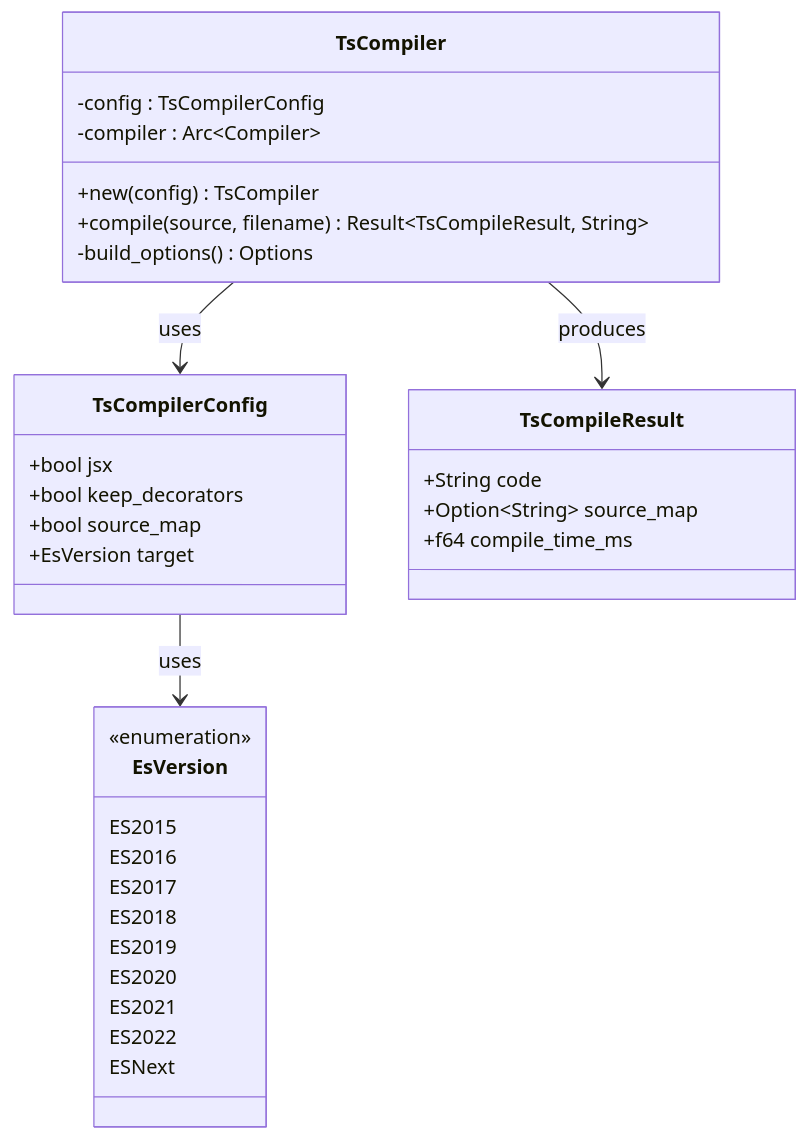
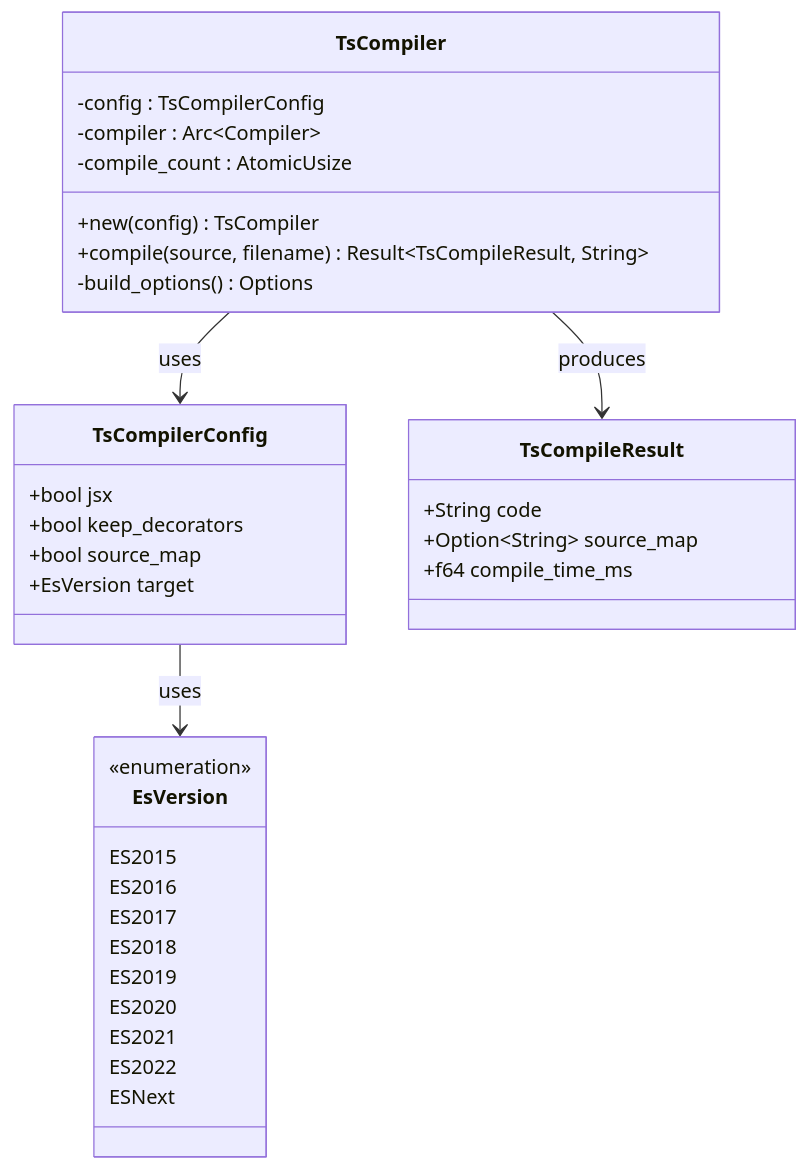
The third of 9 diagrams in .qoder/repowiki/zh/content/技术架构详解/即时转译系统/SWC 集成问题报告.md (itszzl-sudo/iris), drawn with Mermaid before and after one commit. The commit also changed other lines of this file and 6 other files, not shown here.

````diff
--- a/.qoder/repowiki/zh/content/技术架构详解/即时转译系统/SWC 集成问题报告.md
+++ b/.qoder/repowiki/zh/content/技术架构详解/即时转译系统/SWC 集成问题报告.md
@@ -138,36 +139,37 @@
 ```mermaid
 classDiagram
 class TsCompilerConfig {
 +bool jsx
 +bool keep_decorators
 +bool source_map
 +EsVersion target
 }
 class EsVersion {
 <<enumeration>>
 ES2015
 ES2016
 ES2017
 ES2018
 ES2019
 ES2020
 ES2021
 ES2022
 ESNext
 }
 class TsCompileResult {
 +String code
 +Option~String~ source_map
 +f64 compile_time_ms
 }
 class TsCompiler {
 -config : TsCompilerConfig
 -compiler : Arc~Compiler~
+-compile_count : AtomicUsize
 +new(config) TsCompiler
 +compile(source, filename) Result~TsCompileResult, String~
 -build_options() Options
 }
 TsCompiler --> TsCompilerConfig : uses
 TsCompiler --> TsCompileResult : produces
 TsCompilerConfig --> EsVersion : uses
 ```
````
